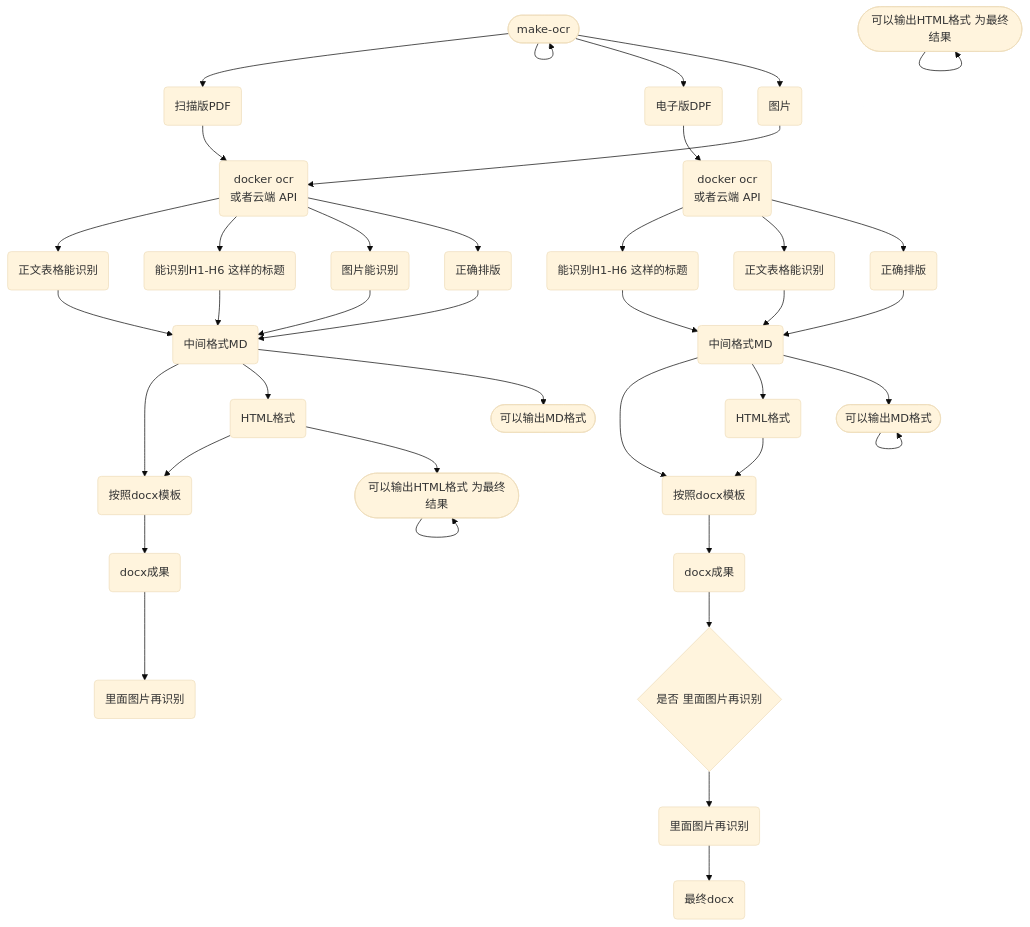
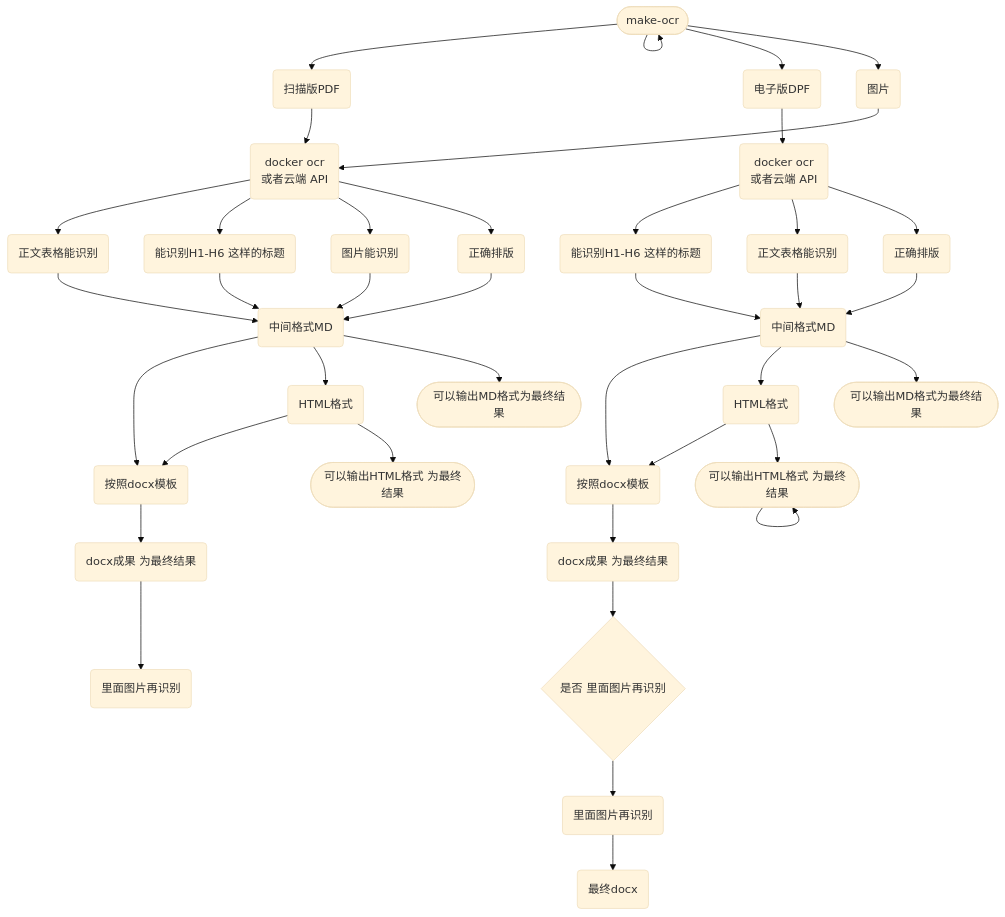
One commit to fireflysss/mermaid-notes changed the diagram in notes/未命名_da3b1e9d-46b8-4fe8-a207-538027b2306b.md. Above: the diagram before and after it, drawn with Mermaid (base theme). The commit also changed 3 other files, not shown here.

Commit message:
Sync Mermaid Studio data (12 diagrams)

````diff
--- a/notes/未命名_da3b1e9d-46b8-4fe8-a207-538027b2306b.md
+++ b/notes/未命名_da3b1e9d-46b8-4fe8-a207-538027b2306b.md
@@ -3,72 +3,71 @@
 ```mermaid
 flowchart TD
   n_0(["make-ocr"])
   n_1("扫描版PDF")
   n_2("电子版DPF")
   n_3("docker ocr<br/>或者云端 API")
   n_4("图片")
   n_5("能识别H1-H6 这样的标题")
   n_6("正文表格能识别")
   n_7("图片能识别")
   n_8("按照docx模板")
   n_9("里面图片再识别")
-  n_10("docx成果")
+  n_10("docx成果 为最终结果")
   n_11("中间格式MD")
   n_12("HTML格式")
   n_13("docker ocr<br/>或者云端 API")
   n_14("能识别H1-H6 这样的标题")
   n_15("正文表格能识别")
   n_16("按照docx模板")
-  n_17("docx成果")
+  n_17("docx成果 为最终结果")
   n_18("中间格式MD")
   n_19("HTML格式")
   n_20("最终docx")
   n_21("里面图片再识别")
   n_22{"是否 里面图片再识别"}
   n_23("正确排版")
   n_24("正确排版")
-  n_25(["可以输出MD格式"])
-  n_26(["可以输出MD格式"])
+  n_25(["可以输出MD格式为最终结果"])
+  n_26(["可以输出MD格式为最终结果"])
   n_27(["可以输出HTML格式 为最终结果"])
   n_28(["可以输出HTML格式 为最终结果"])
   n_0 --> n_0
   n_0 --> n_1
   n_0 --> n_2
   n_0 --> n_4
   n_11 --> n_8
   n_11 --> n_12
   n_12 --> n_8
   n_8 --> n_10
   n_10 --> n_9
   n_18 --> n_16
   n_18 --> n_19
   n_19 --> n_16
   n_16 --> n_17
   n_4 --> n_3
   n_1 --> n_3
   n_2 --> n_13
   n_13 --> n_14
   n_13 --> n_15
   n_15 --> n_18
   n_14 --> n_18
   n_7 --> n_11
   n_6 --> n_11
   n_5 --> n_11
   n_3 --> n_6
   n_21 --> n_20
   n_17 --> n_22
   n_22 --> n_21
   n_3 --> n_5
   n_3 --> n_7
   n_3 --> n_23
   n_23 --> n_11
   n_13 --> n_24
   n_24 --> n_18
   n_11 --> n_25
-  n_26 --> n_26
   n_18 --> n_26
-  n_27 --> n_27
   n_12 --> n_27
   n_28 --> n_28
+  n_19 --> n_28
 
 ```
````
